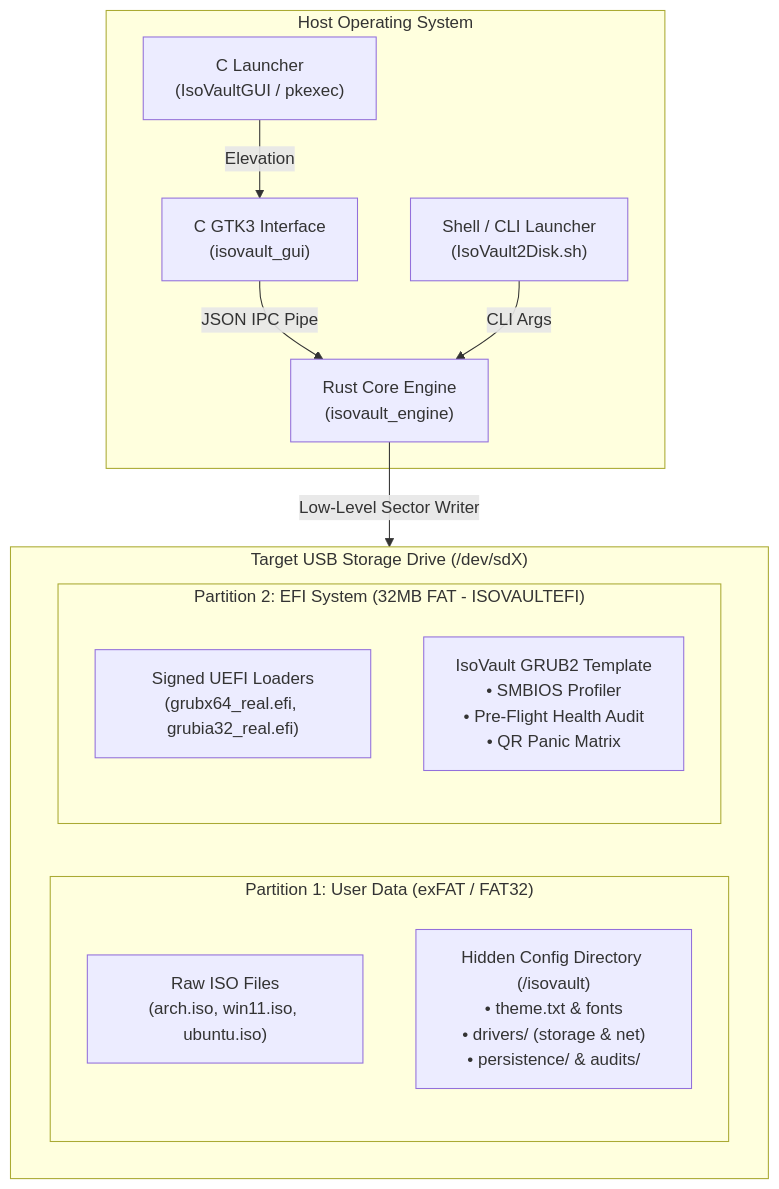
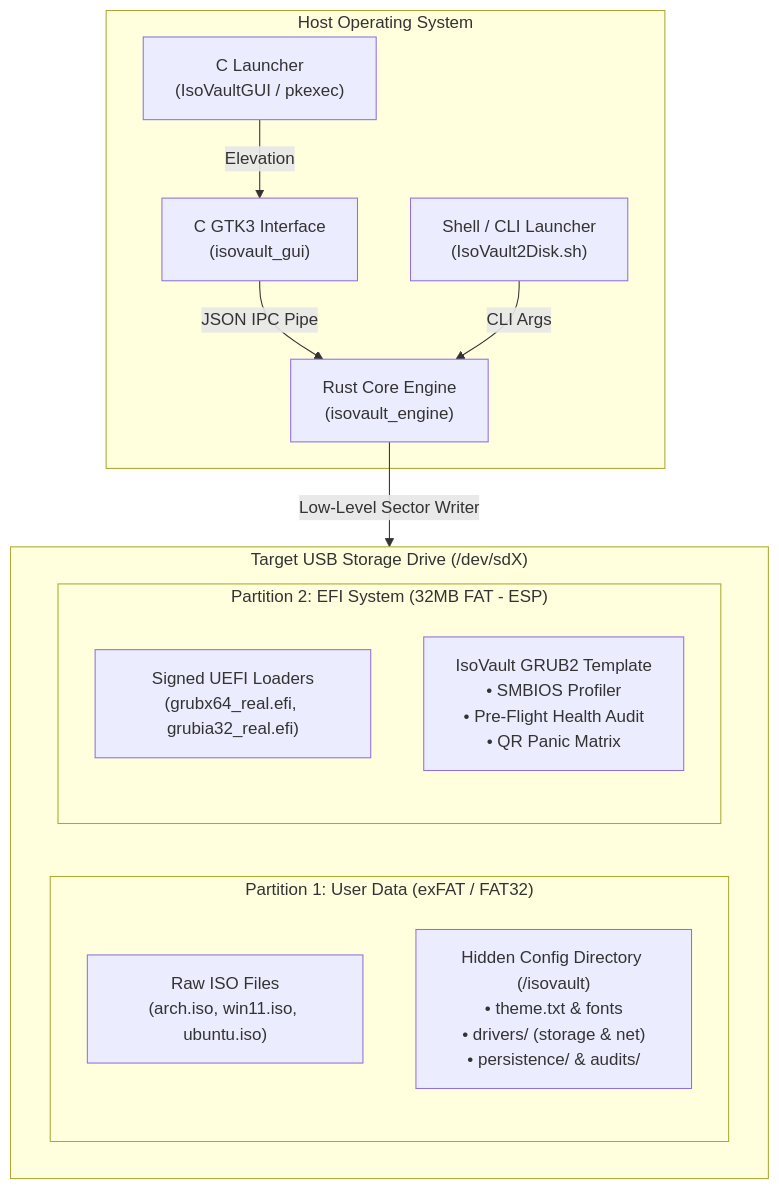
The first of 2 diagrams in README.md (Prajith-Jayachandran/Isovault), drawn with Mermaid before and after one commit. The commit also changed other lines of this file and 14 other files, not shown here.

````diff
--- a/README.md
+++ b/README.md
@@ -65,21 +65,21 @@
 ```mermaid
 flowchart TD
     subgraph Host["Host Operating System"]
         GUI["C GTK3 Interface\n(isovault_gui)"] -->|JSON IPC Pipe| Engine["Rust Core Engine\n(isovault_engine)"]
         CLI["Shell / CLI Launcher\n(IsoVault2Disk.sh)"] -->|CLI Args| Engine
         Polkit["C Launcher\n(IsoVaultGUI / pkexec)"] -->|Elevation| GUI
     end
 
     subgraph Disk["Target USB Storage Drive (/dev/sdX)"]
         subgraph Part1["Partition 1: User Data (exFAT / FAT32)"]
             ISOs["Raw ISO Files\n(arch.iso, win11.iso, ubuntu.iso)"]
             HiddenCfg["Hidden Config Directory (/isovault)\n• theme.txt & fonts\n• drivers/ (storage & net)\n• persistence/ & audits/"]
         end
-        subgraph Part2["Partition 2: EFI System (32MB FAT - ISOVAULTEFI)"]
+        subgraph Part2["Partition 2: EFI System (32MB FAT - ESP)"]
             EFI["Signed UEFI Loaders\n(grubx64_real.efi, grubia32_real.efi)"]
             GRUB["IsoVault GRUB2 Template\n• SMBIOS Profiler\n• Pre-Flight Health Audit\n• QR Panic Matrix"]
         end
     end
 
     Engine -->|Low-Level Sector Writer| Disk
 ```
````
